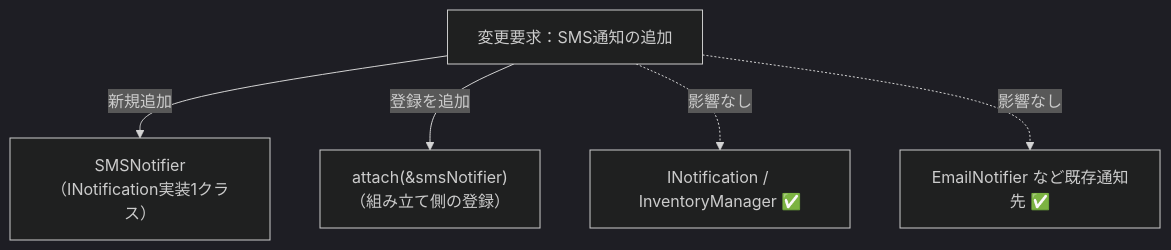
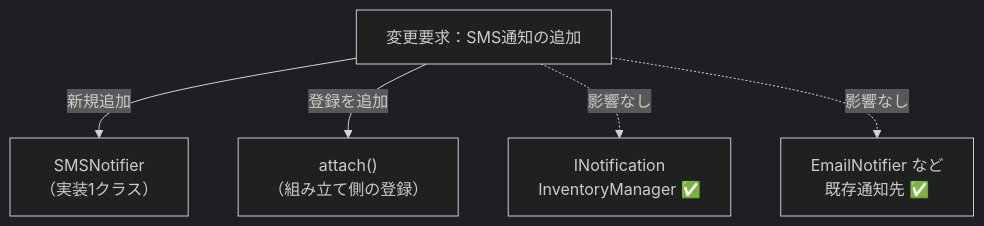
One commit to kumachan1101-pixel/DesignPattern changed diagram 11 of 13 in kindle/design-patterns/books/volume01-core-patterns/output/chapter03.md. Above: the diagram before and after it, drawn with Mermaid (dark theme). The commit also changed other lines of this file and 8 other files, not shown here.

````diff
--- a/kindle/design-patterns/books/volume01-core-patterns/output/chapter03.md
+++ b/kindle/design-patterns/books/volume01-core-patterns/output/chapter03.md
@@ -3053,8 +3050,8 @@
 ```mermaid
 graph TD
     T1["変更要求：SMS通知の追加"]
-        -->|新規追加| N1["SMSNotifier<br>（INotification実装1クラス）"]
-    T1 -->|登録を追加| N2["attach(&smsNotifier)<br>（組み立て側の登録）"]
-    T1 -. "影響なし" .-> A["INotification / InventoryManager ✅"]
-    T1 -. "影響なし" .-> B["EmailNotifier など既存通知先 ✅"]
+        -->|新規追加| N1["SMSNotifier<br>（実装1クラス）"]
+    T1 -->|登録を追加| N2["attach()<br>（組み立て側の登録）"]
+    T1 -. "影響なし" .-> A["INotification<br>InventoryManager ✅"]
+    T1 -. "影響なし" .-> B["EmailNotifier など<br>既存通知先 ✅"]
 ```
````
